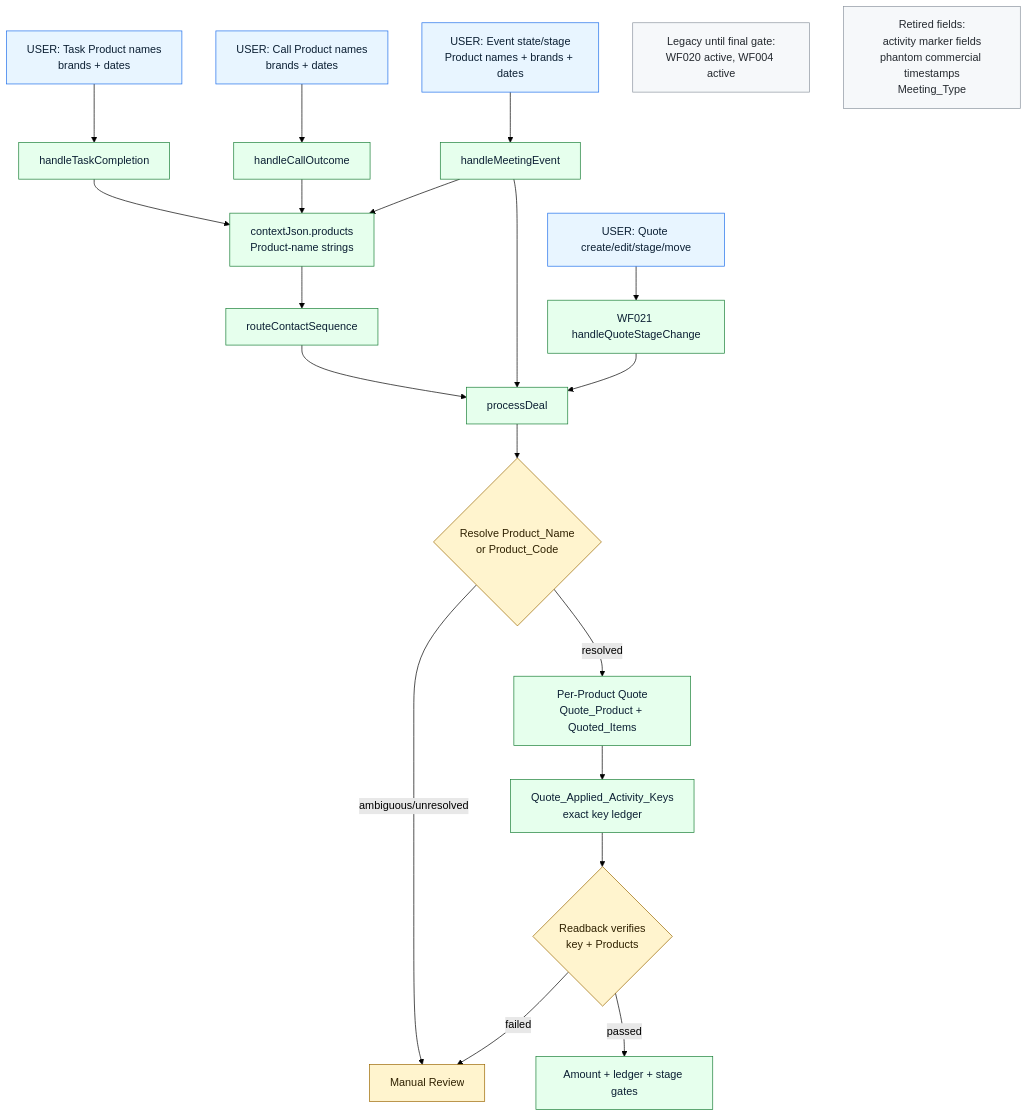
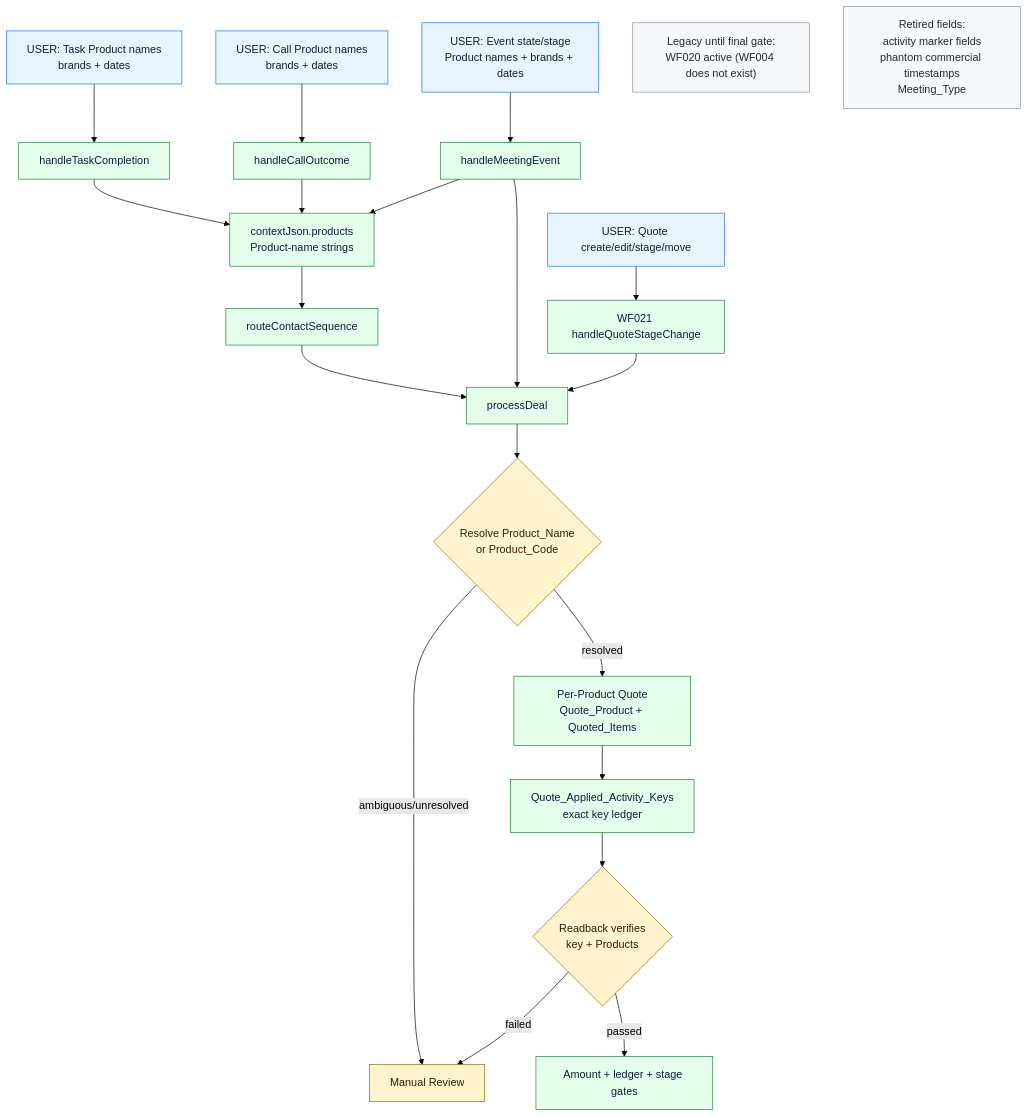
Before and after one commit to tsolomon89/jurnii-io: the diagram in zoho-functions/docs/v6/single-field-full-flow.mermaid, drawn with Mermaid (forest theme). The commit also changed 119 other files, not shown here.

```diff
--- a/zoho-functions/docs/v6/single-field-full-flow.mermaid
+++ b/zoho-functions/docs/v6/single-field-full-flow.mermaid
@@ -1,45 +1,45 @@
 flowchart TD
     classDef user fill:#e8f5ff,stroke:#1f6feb,color:#0b1f33
     classDef fn fill:#e6ffed,stroke:#1a7f37,color:#0b1f33
     classDef gate fill:#fff4ce,stroke:#9a6700,color:#2f2100
     classDef retired fill:#f6f8fa,stroke:#8c959f,color:#24292f
 
     UTask["USER: Task Product names<br/>brands + dates"]:::user
     UCall["USER: Call Product names<br/>brands + dates"]:::user
     UEvent["USER: Event state/stage<br/>Product names + brands + dates"]:::user
 
     HT["handleTaskCompletion"]:::fn
     HC["handleCallOutcome"]:::fn
     HM["handleMeetingEvent"]:::fn
 
     UTask --> HT
     UCall --> HC
     UEvent --> HM
 
     Ctx["contextJson.products<br/>Product-name strings"]:::fn
     HT --> Ctx
     HC --> Ctx
     HM --> Ctx
 
     Router["routeContactSequence"]:::fn
     DealEngine["processDeal"]:::fn
     Ctx --> Router --> DealEngine
     HM --> DealEngine
 
     Resolve{"Resolve Product_Name<br/>or Product_Code"}:::gate
     Quote["Per-Product Quote<br/>Quote_Product + Quoted_Items"]:::fn
     Key["Quote_Applied_Activity_Keys<br/>exact key ledger"]:::fn
     Verify{"Readback verifies<br/>key + Products"}:::gate
 
     DealEngine --> Resolve
     Resolve -- ambiguous/unresolved --> Review["Manual Review"]:::gate
     Resolve -- resolved --> Quote --> Key --> Verify
     Verify -- failed --> Review
     Verify -- passed --> Recompute["Amount + ledger + stage gates"]:::fn
 
     UQuote["USER: Quote create/edit/stage/move"]:::user
     WF021["WF021 handleQuoteStageChange"]:::fn
     UQuote --> WF021 --> DealEngine
 
-    Legacy["Legacy until final gate:<br/>WF020 active, WF004 active"]:::retired
+    Legacy["Legacy until final gate:<br/>WF020 active (WF004 does not exist)"]:::retired
     Retired["Retired fields:<br/>activity marker fields<br/>phantom commercial timestamps<br/>Meeting_Type"]:::retired
```
